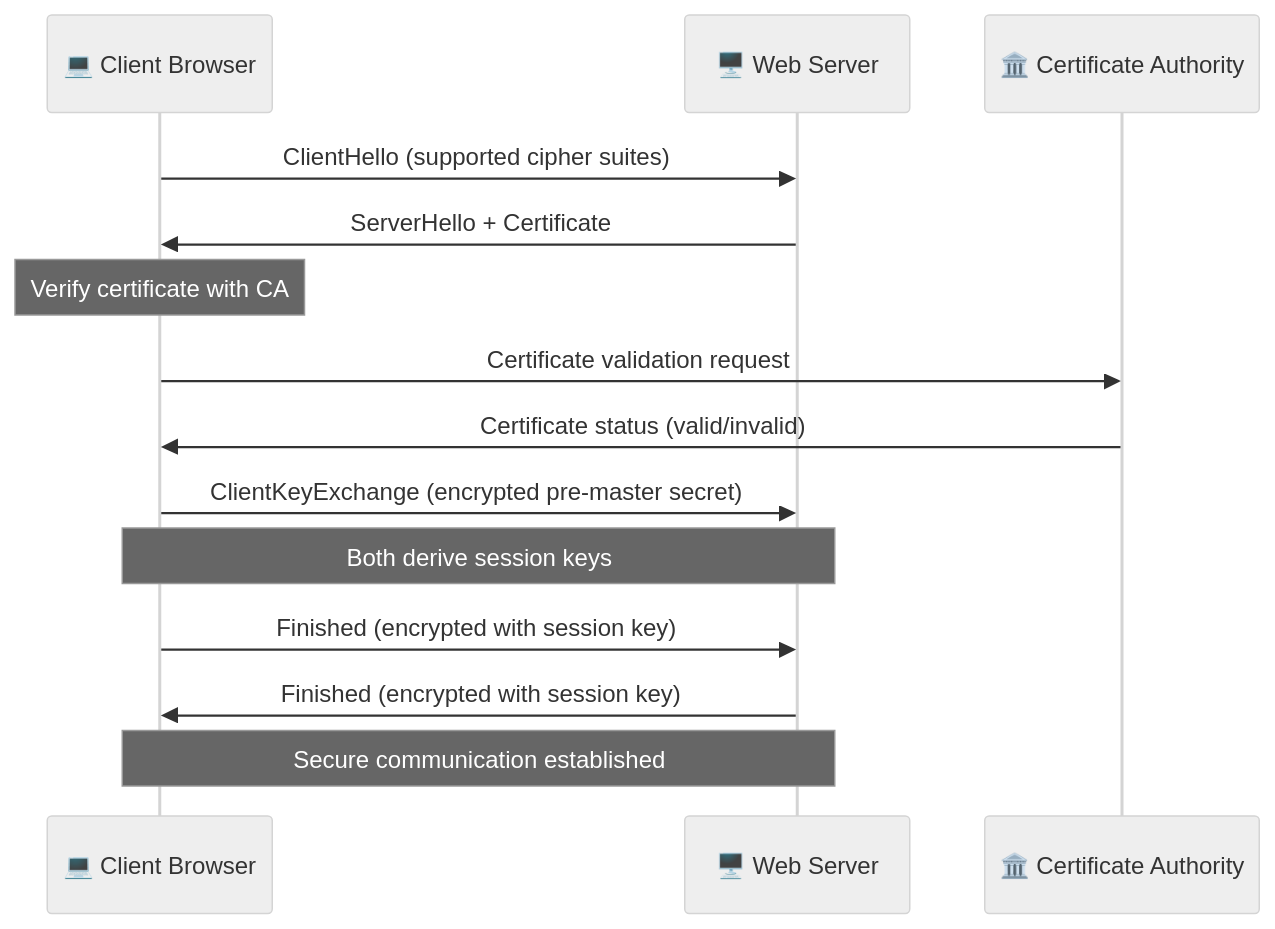
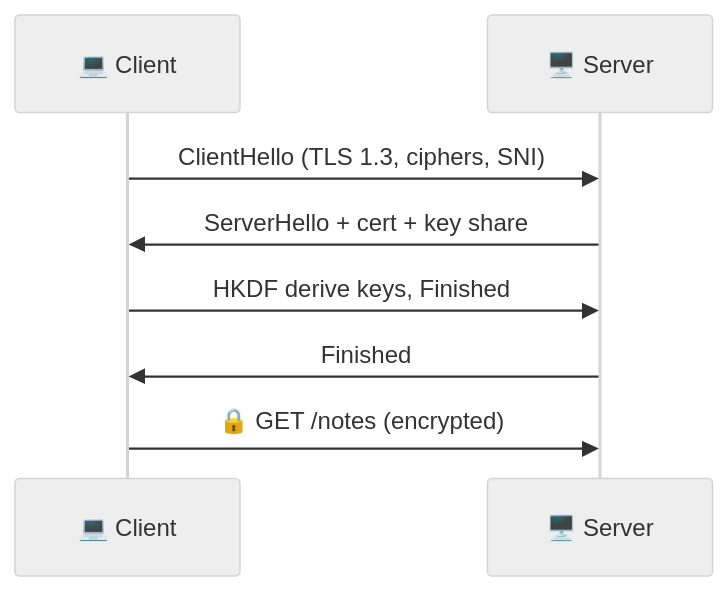
The second of 5 diagrams in lectures/lec4.md (kicchhi/DevOps-Intro), drawn with Mermaid (neutral theme) before and after one commit. The commit also changed other lines of this file and 11 other files, not shown here.

````diff
--- a/lectures/lec4.md
+++ b/lectures/lec4.md
@@ -441,17 +123,10 @@
 ```mermaid
 sequenceDiagram
-    participant Client as 💻 Client Browser
-    participant Server as 🖥️ Web Server
-    participant CA as 🏛️ Certificate Authority
-    
-    Client->>Server: ClientHello (supported cipher suites)
-    Server->>Client: ServerHello + Certificate
-    Note over Client: Verify certificate with CA
-    Client->>CA: Certificate validation request
-    CA->>Client: Certificate status (valid/invalid)
-    Client->>Server: ClientKeyExchange (encrypted pre-master secret)
-    Note over Client,Server: Both derive session keys
-    Client->>Server: Finished (encrypted with session key)
-    Server->>Client: Finished (encrypted with session key)
-    Note over Client,Server: Secure communication established
+    participant C as 💻 Client
+    participant S as 🖥️ Server
+    C->>S: ClientHello (TLS 1.3, ciphers, SNI)
+    S->>C: ServerHello + cert + key share
+    C->>S: HKDF derive keys, Finished
+    S->>C: Finished
+    C->>S: 🔒 GET /notes (encrypted)
 ```
````
